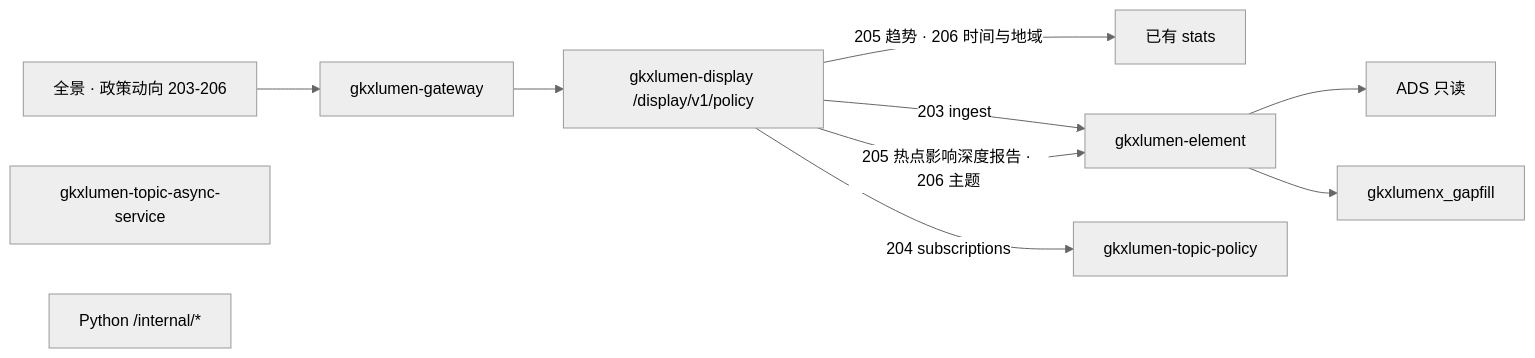
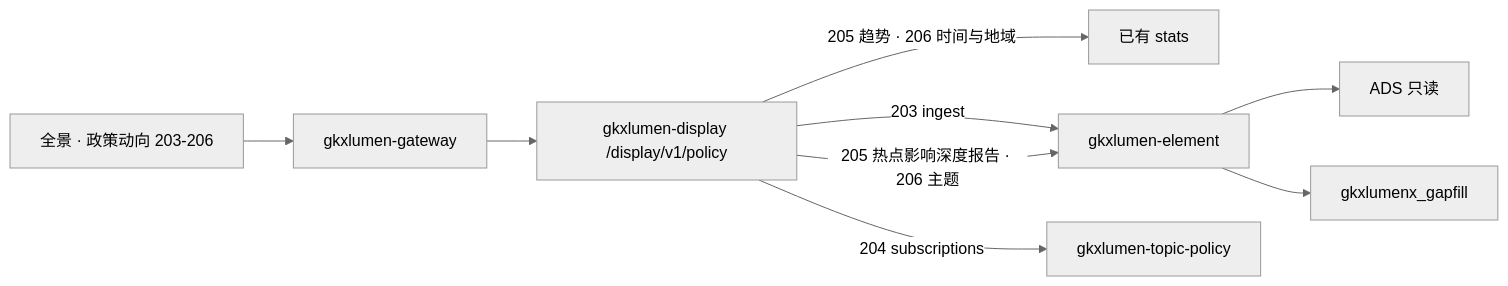
Before and after one commit to Marisolebxf/-: the first of 2 diagrams in agent-delivery/agent-handoffs/科技政策跟踪-POL/sdd/l2/POL-L2-DS10-TREND-ARCH.md, drawn with Mermaid (neutral theme). The commit also changed other lines of this file and 2 other files, not shown here.

First line of the commit message:
docs(policy): 按可实现条件复核签收动向架构 [agent:architect-agent]

````diff
--- a/agent-delivery/agent-handoffs/科技政策跟踪-POL/sdd/l2/POL-L2-DS10-TREND-ARCH.md
+++ b/agent-delivery/agent-handoffs/科技政策跟踪-POL/sdd/l2/POL-L2-DS10-TREND-ARCH.md
@@ -42,17 +42,15 @@
 ```mermaid
 flowchart LR
   fe["全景 · 政策动向 203-206"]
   gw["gkxlumen-gateway"]
   bff["gkxlumen-display /display/v1/policy"]
   stats["已有 stats"]
   el["gkxlumen-element"]
   ads["ADS 只读"]
-  async["gkxlumen-topic-async-service"]
-  py["Python /internal/*"]
   gap["gkxlumenx_gapfill"]
   fe --> gw --> bff
   bff -->|"205 趋势 · 206 时间与地域"| stats
   bff -->|"203 ingest"| el --> ads
   bff -->|"205 热点影响深度报告 · 206 主题"| el --> gap
   bff -->|"204 subscriptions"| tp["gkxlumen-topic-policy"]
 ```
````
